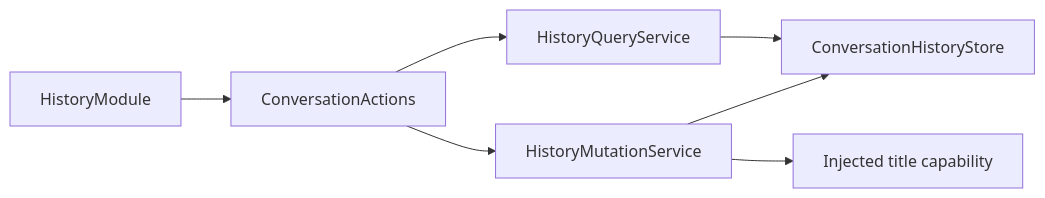
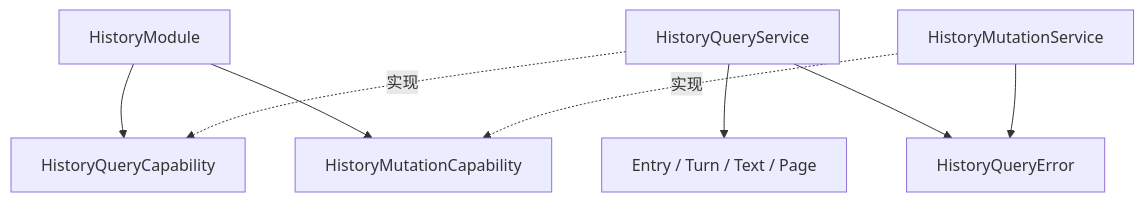
Before and after one commit to devilyouwei/MobileHarness: the second of 2 diagrams in MobileHarness/Actions/History/Support/README.md, drawn with Mermaid. The commit also changed other lines of this file and 108 other files, not shown here.

First line of the commit message:
refactor: split conversation storage and refine history UI

````diff
--- a/MobileHarness/Actions/History/Support/README.md
+++ b/MobileHarness/Actions/History/Support/README.md
@@ -15,9 +21,10 @@
 ```mermaid
-flowchart LR
- Entries[ConversationActions] --> Query[HistoryQueryService]
- Entries --> Mutation[HistoryMutationService]
- Query --> Store[ConversationHistoryStore]
- Mutation --> Store
- Mutation --> Title[Injected title capability]
- Module[HistoryModule] --> Entries
+flowchart TB
+    Module[HistoryModule] --> QueryPort[HistoryQueryCapability]
+    Module --> MutationPort[HistoryMutationCapability]
+    Query[HistoryQueryService] -.->|实现| QueryPort
+    Mutation[HistoryMutationService] -.->|实现| MutationPort
+    Query --> Projection[Entry / Turn / Text / Page]
+    Query --> Errors[HistoryQueryError]
+    Mutation --> Errors
 ```
````
